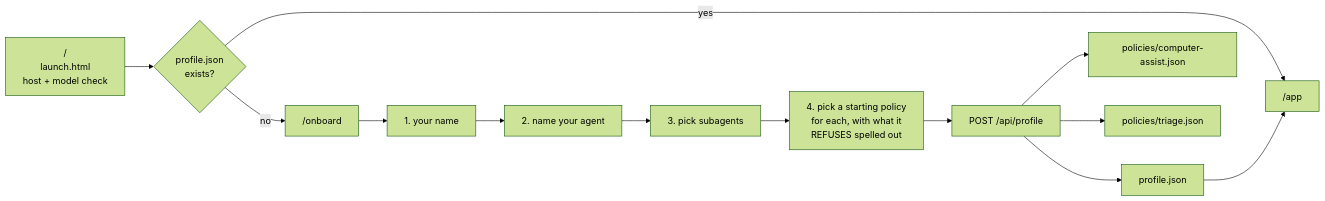
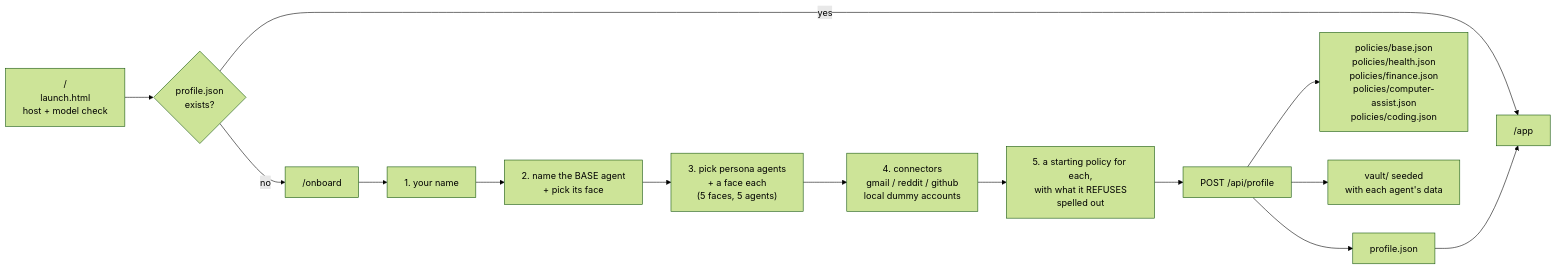
The third of 9 diagrams in ARCHITECTURE.md (iswaryaalex/CastleKeep), drawn with Mermaid (forest theme) before and after one commit. The commit also changed other lines of this file and 25 other files, not shown here.

````diff
--- a/ARCHITECTURE.md
+++ b/ARCHITECTURE.md
@@ -101,17 +100,18 @@
 ```mermaid
 flowchart LR
     L["/<br/>launch.html<br/>host + model check"] --> Q{"profile.json<br/>exists?"}
     Q -->|no| O["/onboard"]
     Q -->|yes| APP["/app"]
 
     O --> S1["1. your name"]
-    S1 --> S2["2. name your agent"]
-    S2 --> S3["3. pick subagents"]
-    S3 --> S4["4. pick a starting policy<br/>for each, with what it<br/>REFUSES spelled out"]
-    S4 --> W["POST /api/profile"]
+    S1 --> S2["2. name the BASE agent<br/>+ pick its face"]
+    S2 --> S3["3. pick persona agents<br/>+ a face each<br/>(5 faces, 5 agents)"]
+    S3 --> S4["4. connectors<br/>gmail / reddit / github<br/>local dummy accounts"]
+    S4 --> S5["5. a starting policy for each,<br/>with what it REFUSES<br/>spelled out"]
+    S5 --> W["POST /api/profile"]
 
     W --> F1["profile.json"]
-    W --> F2["policies/computer-assist.json"]
-    W --> F3["policies/triage.json"]
+    W --> F2["policies/base.json<br/>policies/health.json<br/>policies/finance.json<br/>policies/computer-assist.json<br/>policies/coding.json"]
+    W --> F3["vault/ seeded<br/>with each agent's data"]
     F1 --> APP
 ```
````
